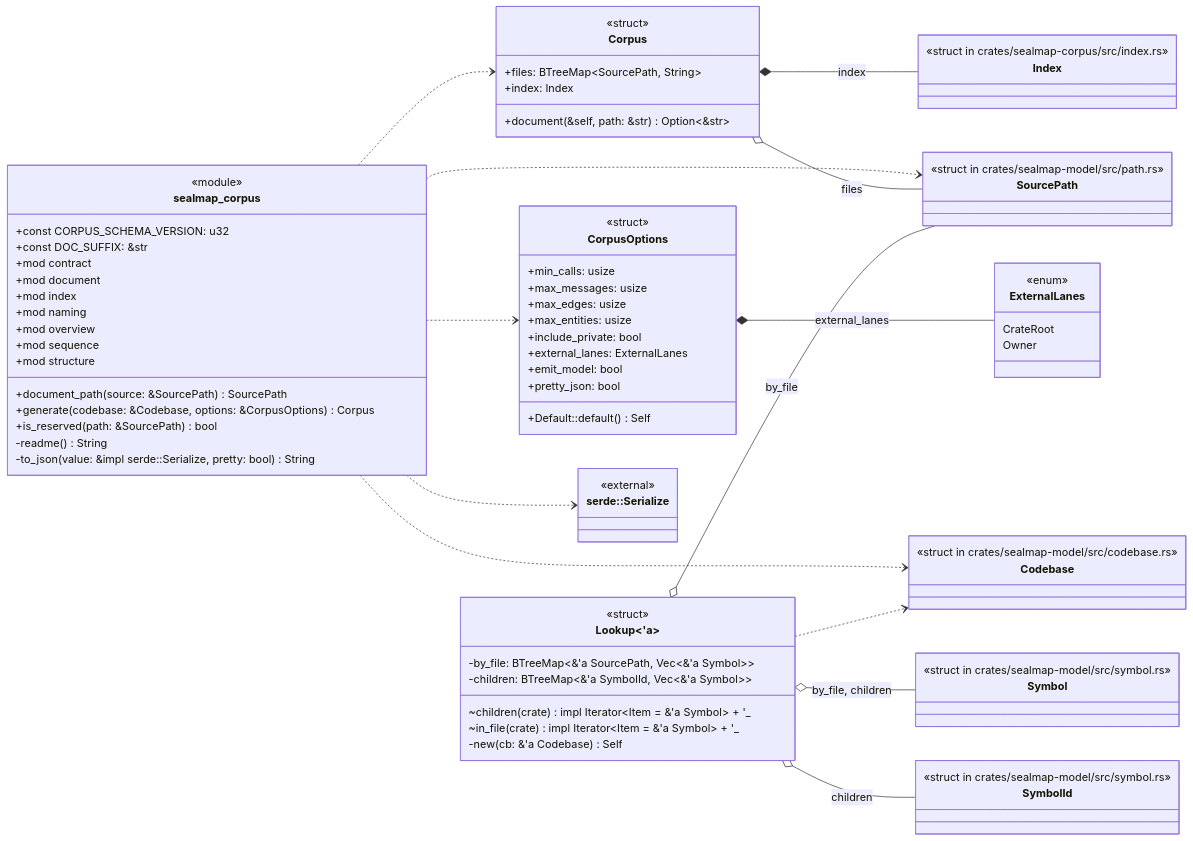
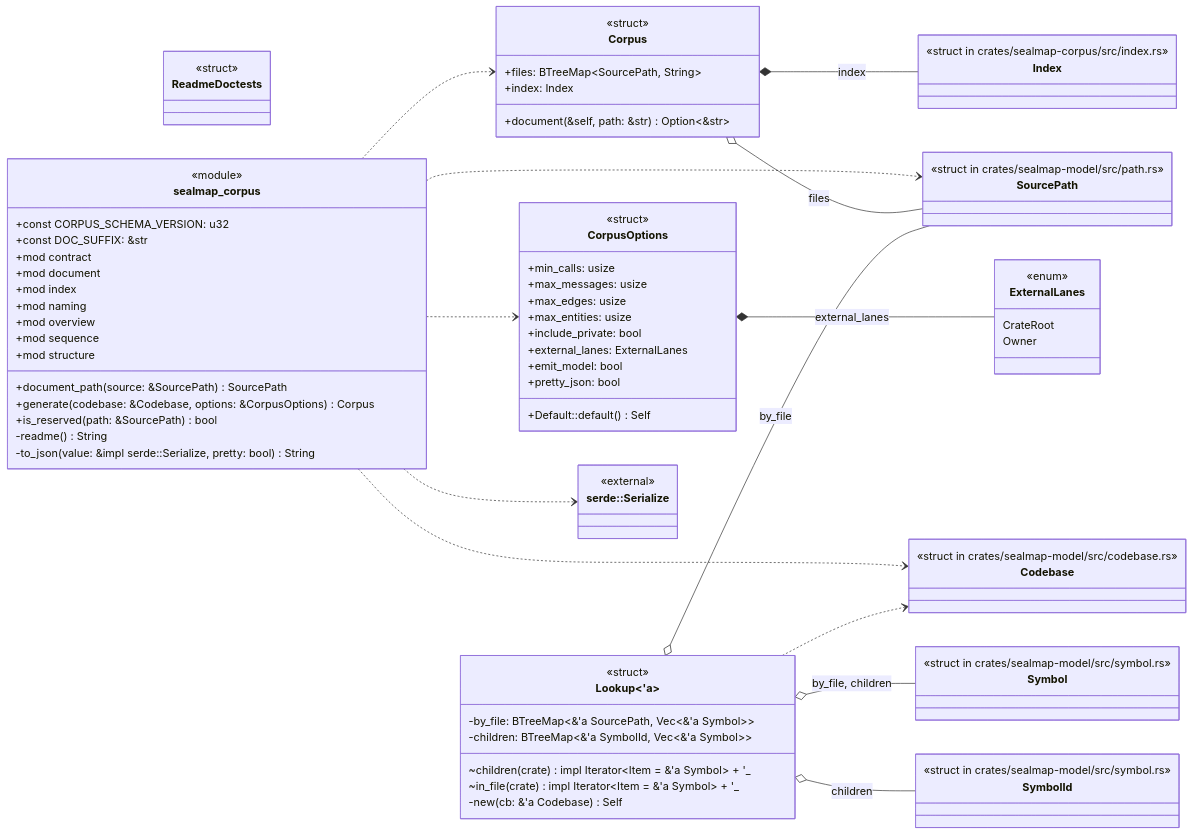
Before and after one commit to DreamLab-AI/codemaid: the first of 6 diagrams in docs/sealmap/crates/sealmap-corpus/src/lib.rs.md, drawn with Mermaid. The commit also changed other lines of this file and 29 other files, not shown here.

```diff
--- a/docs/sealmap/crates/sealmap-corpus/src/lib.rs.md
+++ b/docs/sealmap/crates/sealmap-corpus/src/lib.rs.md
@@ -44,6 +44,9 @@
     ~children(crate) impl Iterator#lt;Item = &'a Symbol#gt; + '_
     ~in_file(crate) impl Iterator#lt;Item = &'a Symbol#gt; + '_
     -new(cb: &'a Codebase) Self
+  }
+  class sealmap_corpus__ReadmeDoctests["ReadmeDoctests"] {
+    <<struct>>
   }
   class sealmap_corpus {
     <<module>>
```
